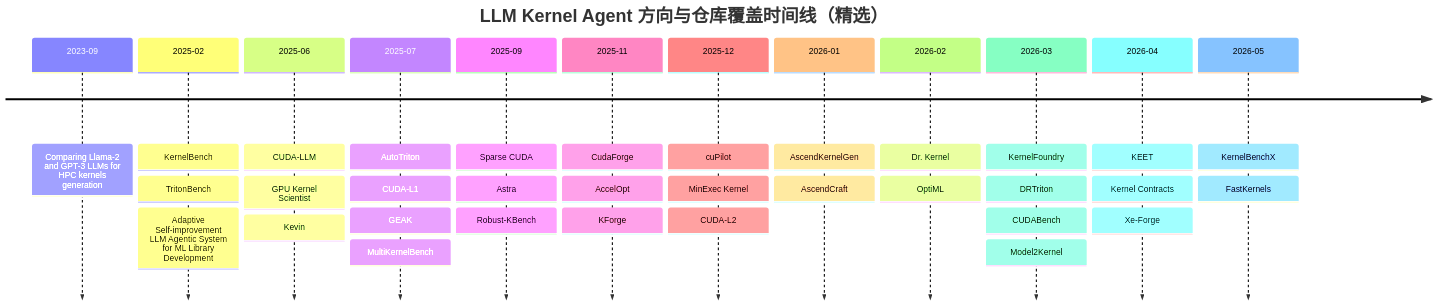
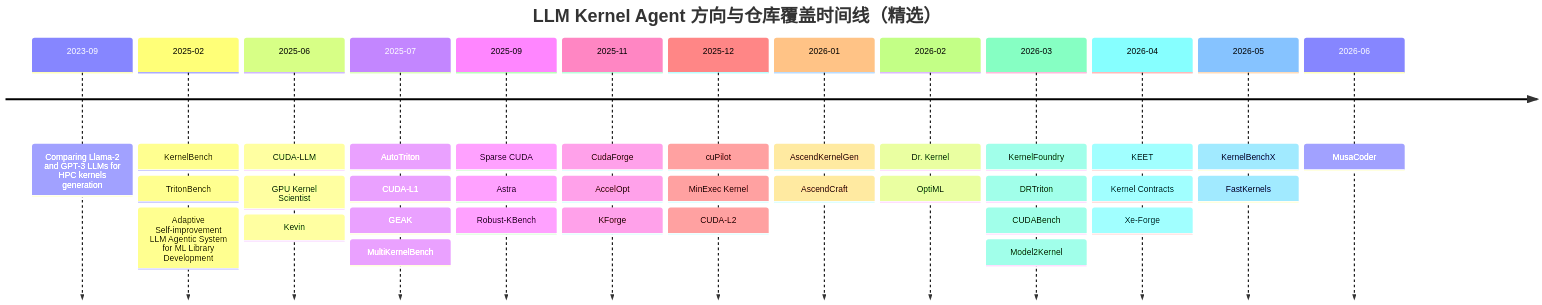
Before and after one commit to qhy991/Awesome-LLM-Kernel-Agent: the diagram in llm_kernel_agent_landscape/figures/landscape_timeline_report.zh.mmd, drawn with Mermaid. The commit also changed 13 other files, not shown here.

First line of the commit message:
Add MusaCoder paper and Moore Threads MusaCoder-27B model.

```diff
--- a/llm_kernel_agent_landscape/figures/landscape_timeline_report.zh.mmd
+++ b/llm_kernel_agent_landscape/figures/landscape_timeline_report.zh.mmd
@@ -1,35 +1,36 @@
 timeline
     title LLM Kernel Agent 方向与仓库覆盖时间线（精选）
     2023-09 : Comparing Llama-2 and GPT-3 LLMs for HPC kernels generation
     2025-02 : KernelBench
              : TritonBench
              : Adaptive Self-improvement LLM Agentic System for ML Library Development
     2025-06 : CUDA-LLM
              : GPU Kernel Scientist
              : Kevin
     2025-07 : AutoTriton
              : CUDA-L1
              : GEAK
              : MultiKernelBench
     2025-09 : Sparse CUDA
              : Astra
              : Robust-KBench
     2025-11 : CudaForge
              : AccelOpt
              : KForge
     2025-12 : cuPilot
              : MinExec Kernel
              : CUDA-L2
     2026-01 : AscendKernelGen
              : AscendCraft
     2026-02 : Dr. Kernel
              : OptiML
     2026-03 : KernelFoundry
              : DRTriton
              : CUDABench
              : Model2Kernel
     2026-04 : KEET
              : Kernel Contracts
              : Xe-Forge
     2026-05 : KernelBenchX
              : FastKernels
+    2026-06 : MusaCoder
```
